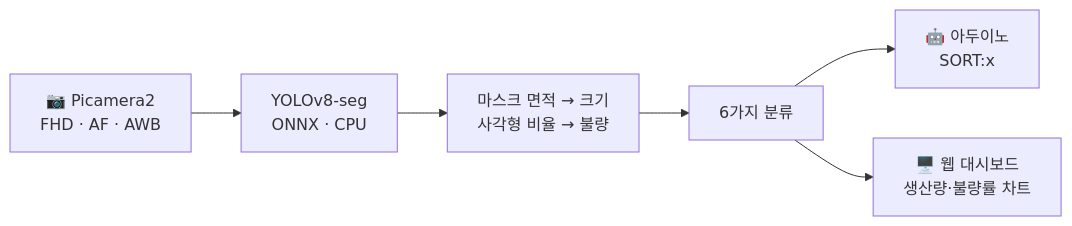
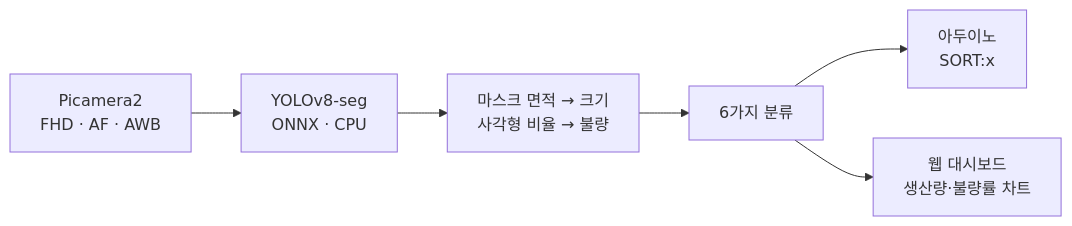
One commit to kakabab12/My_portfolio changed the diagram in 2025/01. 라즈베리파이 선별 시스템/README.md. Above: the diagram before and after it, drawn with Mermaid. The commit also changed other lines of this file and 13 other files, not shown here.

````diff
--- a/2025/01. 라즈베리파이 선별 시스템/README.md
+++ b/2025/01. 라즈베리파이 선별 시스템/README.md
@@ -21,8 +21,8 @@
 ```mermaid
 flowchart LR
-    A["📷 Picamera2<br/>FHD · AF · AWB"] --> B["YOLOv8-seg<br/>ONNX · CPU"]
+    A["Picamera2<br/>FHD · AF · AWB"] --> B["YOLOv8-seg<br/>ONNX · CPU"]
     B --> C["마스크 면적 → 크기<br/>사각형 비율 → 불량"]
     C --> D["6가지 분류"]
-    D --> E["🤖 아두이노<br/>SORT:x"]
-    D --> F["🖥️ 웹 대시보드<br/>생산량·불량률 차트"]
+    D --> E["아두이노<br/>SORT:x"]
+    D --> F["웹 대시보드<br/>생산량·불량률 차트"]
 ```
````
